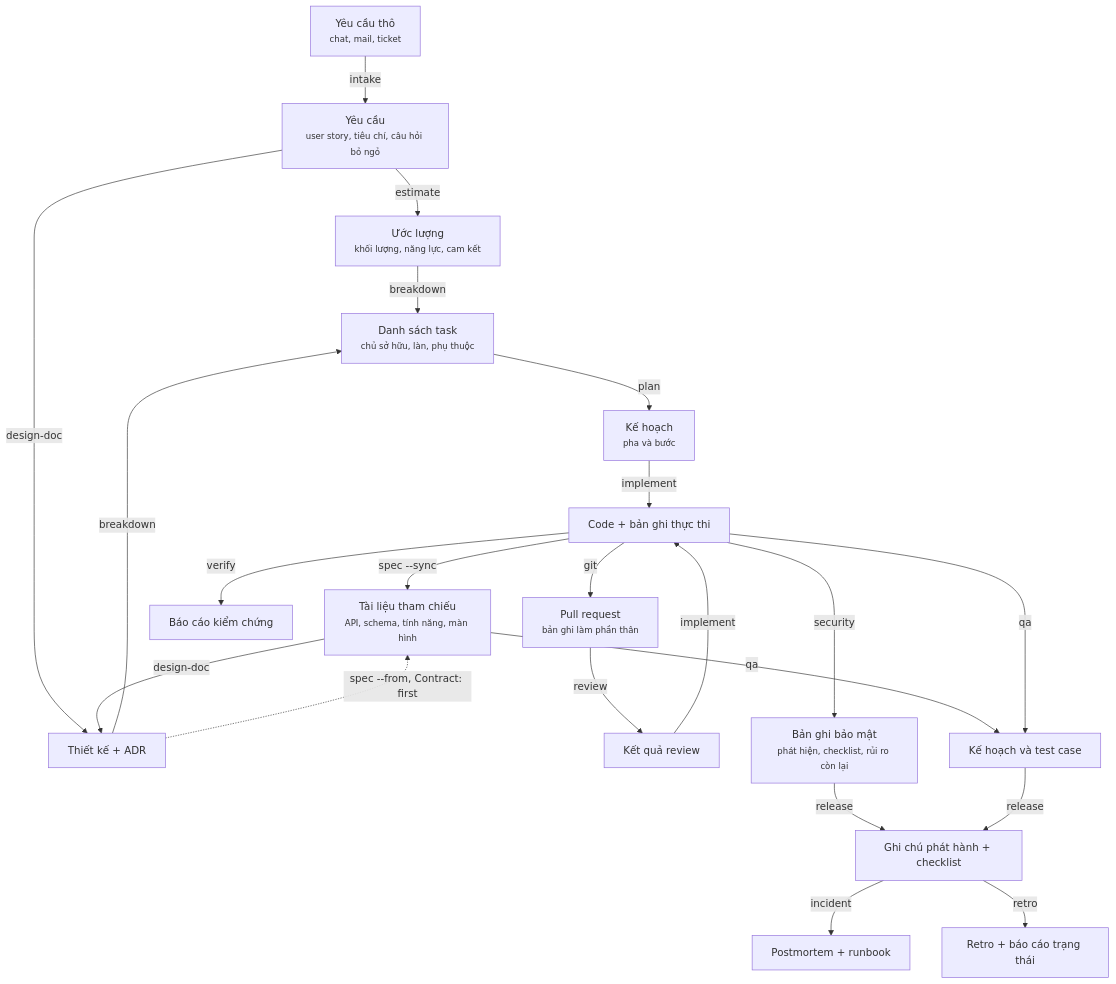
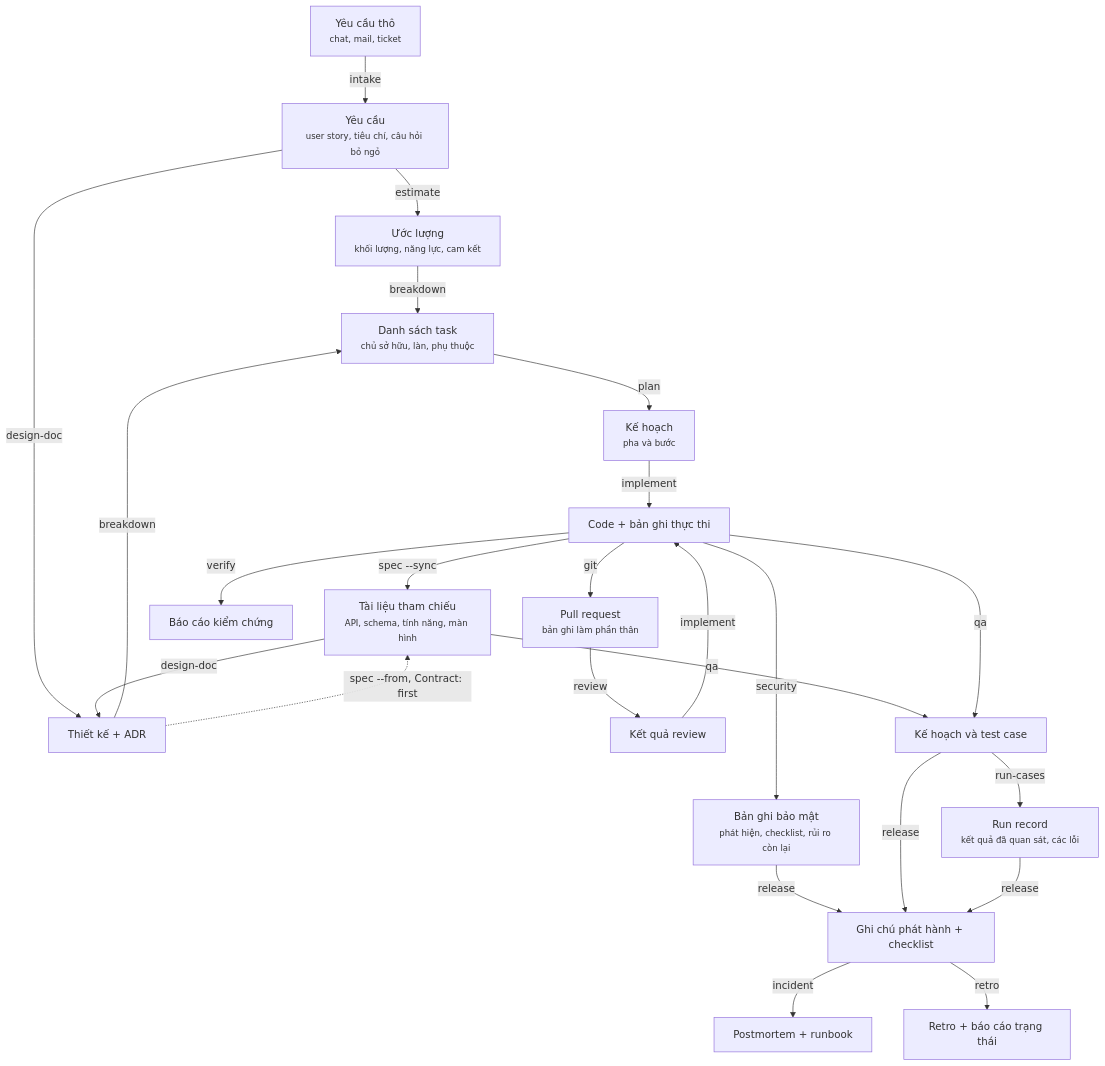
One commit to lamngockhuong/aiteamkit changed the diagram in docs/vi/flow/skill-chain.md. Above: the diagram before and after it, drawn with Mermaid. The commit also changed other lines of this file and 47 other files, not shown here.

First line of the commit message:
feat(run-cases): add atk:run-cases to execute approved cases on a deployed environment (#87)

````diff
--- a/docs/vi/flow/skill-chain.md
+++ b/docs/vi/flow/skill-chain.md
@@ -14,41 +14,44 @@
 ```mermaid
 flowchart TD
     A0["Yêu cầu thô<br/><small>chat, mail, ticket</small>"]
     A1["Yêu cầu<br/><small>user story, tiêu chí, câu hỏi bỏ ngỏ</small>"]
     A2["Ước lượng<br/><small>khối lượng, năng lực, cam kết</small>"]
     A3["Thiết kế + ADR"]
     A3b["Tài liệu tham chiếu<br/><small>API, schema, tính năng, màn hình</small>"]
     A4["Danh sách task<br/><small>chủ sở hữu, làn, phụ thuộc</small>"]
     A5["Kế hoạch<br/><small>pha và bước</small>"]
     A6["Code + bản ghi thực thi"]
     A6b["Pull request<br/><small>bản ghi làm phần thân</small>"]
     A7["Kết quả review"]
     A8["Kế hoạch và test case"]
+    A8b["Run record<br/><small>kết quả đã quan sát, các lỗi</small>"]
     A9["Báo cáo kiểm chứng"]
     A9b["Bản ghi bảo mật<br/><small>phát hiện, checklist, rủi ro còn lại</small>"]
     A10["Ghi chú phát hành + checklist"]
     A11["Postmortem + runbook"]
     A12["Retro + báo cáo trạng thái"]
 
     A0 -->|intake| A1
     A1 -->|estimate| A2
     A1 -->|design-doc| A3
     A2 -->|breakdown| A4
     A3 -->|breakdown| A4
     A3b -->|design-doc| A3
     A4 -->|plan| A5
     A5 -->|implement| A6
     A6 -->|git| A6b
     A6b -->|review| A7
     A7 -->|implement| A6
     A6 -->|spec --sync| A3b
     A3 -.->|spec --from, Contract: first| A3b
     A3b -->|qa| A8
     A6 -->|qa| A8
     A6 -->|verify| A9
     A6 -->|security| A9b
     A9b -->|release| A10
     A8 -->|release| A10
+    A8 -->|run-cases| A8b
+    A8b -->|release| A10
     A10 -->|incident| A11
     A10 -->|retro| A12
 ```
````
